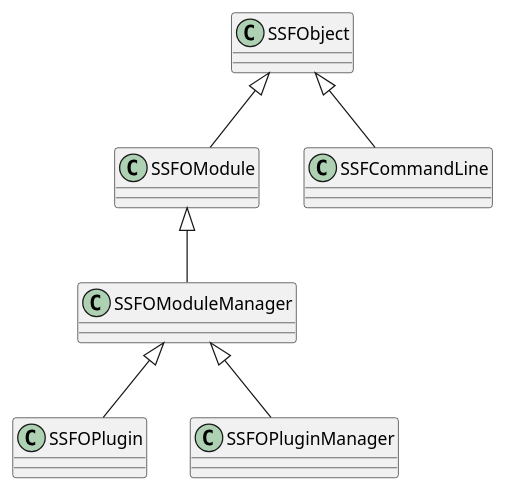
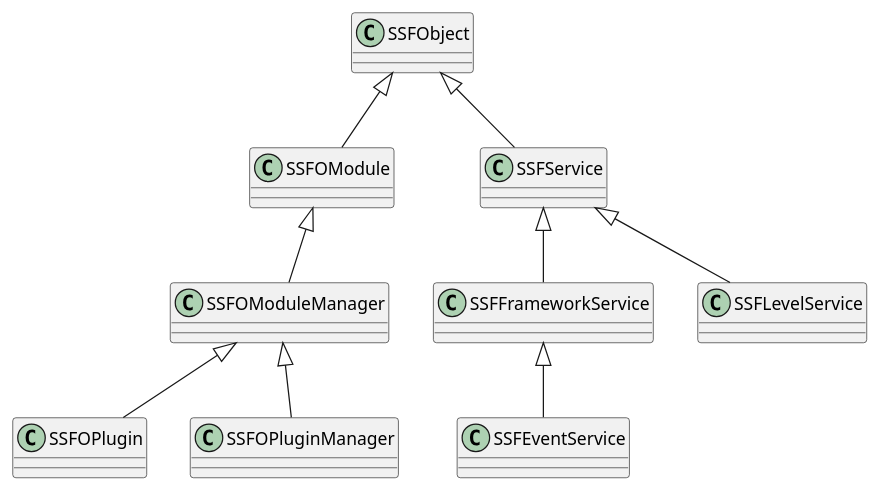
Before and after one commit to xcyh410713847/SkywalkerGameServer: the diagram in SkywalkerServerFramework/SkywalkerServerFramework.plantuml, drawn with PlantUML. The commit also changed 2 other files, not shown here.

```diff
--- a/SkywalkerServerFramework/SkywalkerServerFramework.plantuml
+++ b/SkywalkerServerFramework/SkywalkerServerFramework.plantuml
@@ -1,43 +1,58 @@
 @startuml SkywalkerServerFramework
 
 class SSFObject
 {
 }
 
+'继承自 SSFObject
+SSFObject <|-- SSFOModule
+SSFObject <|-- SSFService
 class SSFOModule
 {
 
 }
 
+class SSFService
+{
+
+}
+
+'继承自 SSFOModule
+SSFOModule <|-- SSFOModuleManager
 class SSFOModuleManager
 {
 
 }
 
+'继承自 SSFOModuleManager
+SSFOModuleManager <|-- SSFOPlugin
+SSFOModuleManager <|-- SSFOPluginManager
 class SSFOPlugin
 {
 
 }
 
 class SSFOPluginManager
 {
 
 }
 
-class SSFCommandLine
+'继承自 SSFOService
+SSFService <|-- SSFFrameworkService
+SSFService <|-- SSFLevelService
+class SSFFrameworkService
+{
+}
+
+class SSFLevelService
+{
+}
+
+'继承自 SSFOFrameworkService
+SSFFrameworkService <|-- SSFEventService
+class SSFEventService
 {
 
 }
 
-'继承自 SSFObject
-SSFObject <|-- SSFOModule
-SSFObject <|-- SSFCommandLine
-
-'继承自 SSFOModule
-SSFOModule <|-- SSFOModuleManager
-
-'继承自 SSFOModuleManager
-SSFOModuleManager <|-- SSFOPlugin
-SSFOModuleManager <|-- SSFOPluginManager
-
 @enduml
```
